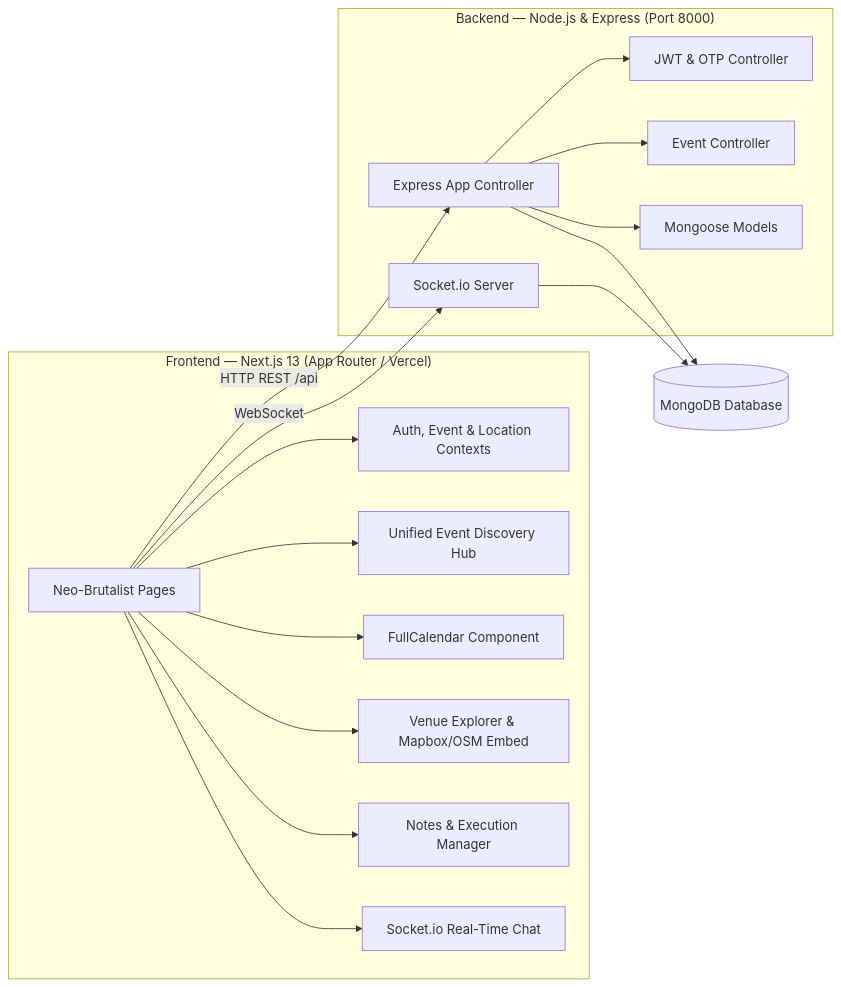
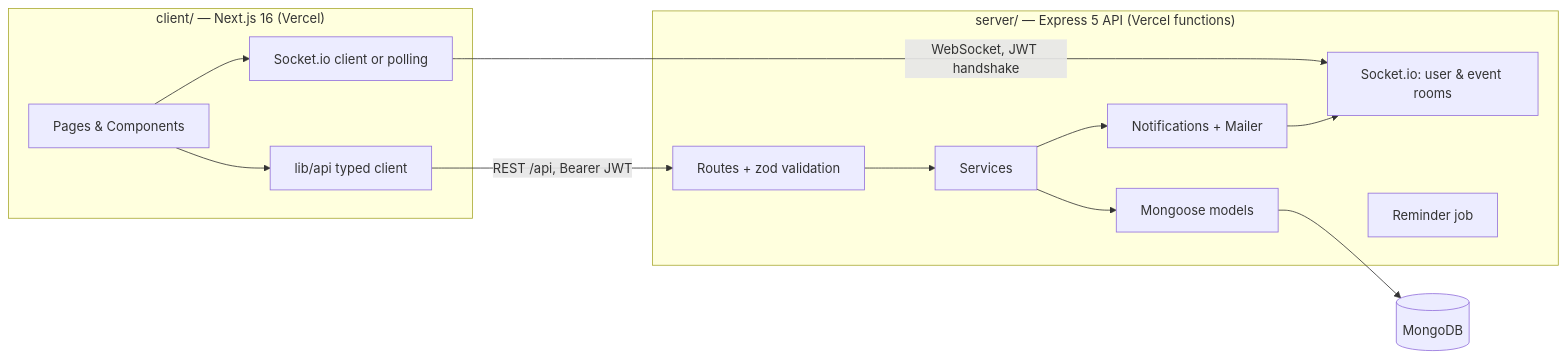
Before and after one commit to sakshamm21/syncronify: the diagram in README.md, drawn with Mermaid. The commit also changed other lines of this file and 194 other files, not shown here.

First line of the commit message:
Rebuild backend, wire UI to real API, deploy on Vercel with MongoDB Atlas

````diff
--- a/README.md
+++ b/README.md
@@ -92,25 +98,20 @@
 ```mermaid
 flowchart LR
-    subgraph Frontend["Frontend — Next.js 13 (App Router / Vercel)"]
-        UI[Neo-Brutalist Pages]
-        UI --> CTX[Auth, Event & Location Contexts]
-        UI --> HUB[Unified Event Discovery Hub]
-        UI --> CAL[FullCalendar Component]
-        UI --> MAP[Venue Explorer & Mapbox/OSM Embed]
-        UI --> NOTES[Notes & Execution Manager]
-        UI --> CHAT[Socket.io Real-Time Chat]
+    subgraph Frontend["client/ — Next.js 16 (Vercel)"]
+        UI[Pages & Components] --> APIC[lib/api typed client]
+        UI --> RT[Socket.io client or polling]
     end
 
-    subgraph Backend["Backend — Node.js & Express (Port 8000)"]
-        API[Express App Controller]
-        WS[Socket.io Server]
-        API --> AUTH[JWT & OTP Controller]
-        API --> EVT[Event Controller]
-        API --> MOD[Mongoose Models]
+    subgraph Backend["server/ — Express 5 API (Vercel functions)"]
+        R[Routes + zod validation] --> S[Services]
+        S --> M[Mongoose models]
+        S --> N[Notifications + Mailer]
+        WS[Socket.io: user & event rooms]
+        J[Reminder job]
     end
 
-    UI -->|HTTP REST /api| API
-    UI -->|WebSocket| WS
-    API --> MONGO[(MongoDB Database)]
-    WS --> MONGO
+    APIC -->|REST /api, Bearer JWT| R
+    RT -->|WebSocket, JWT handshake| WS
+    M --> DB[(MongoDB)]
+    N --> WS
 ```
````
